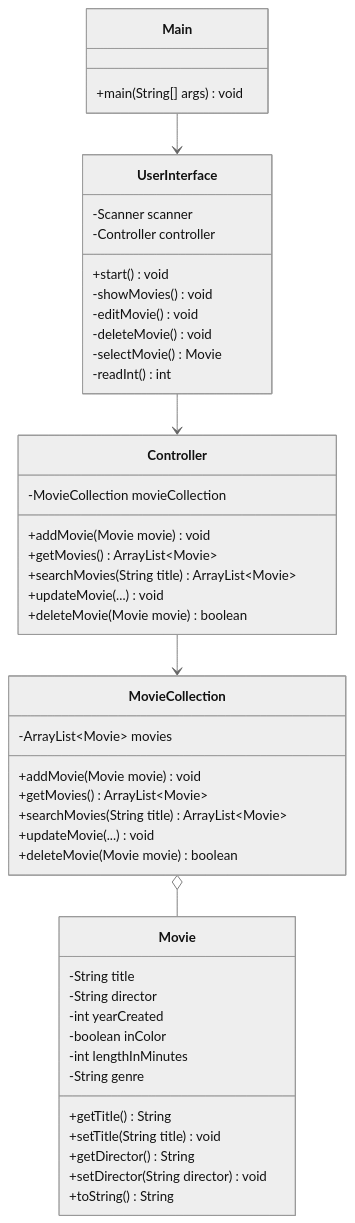
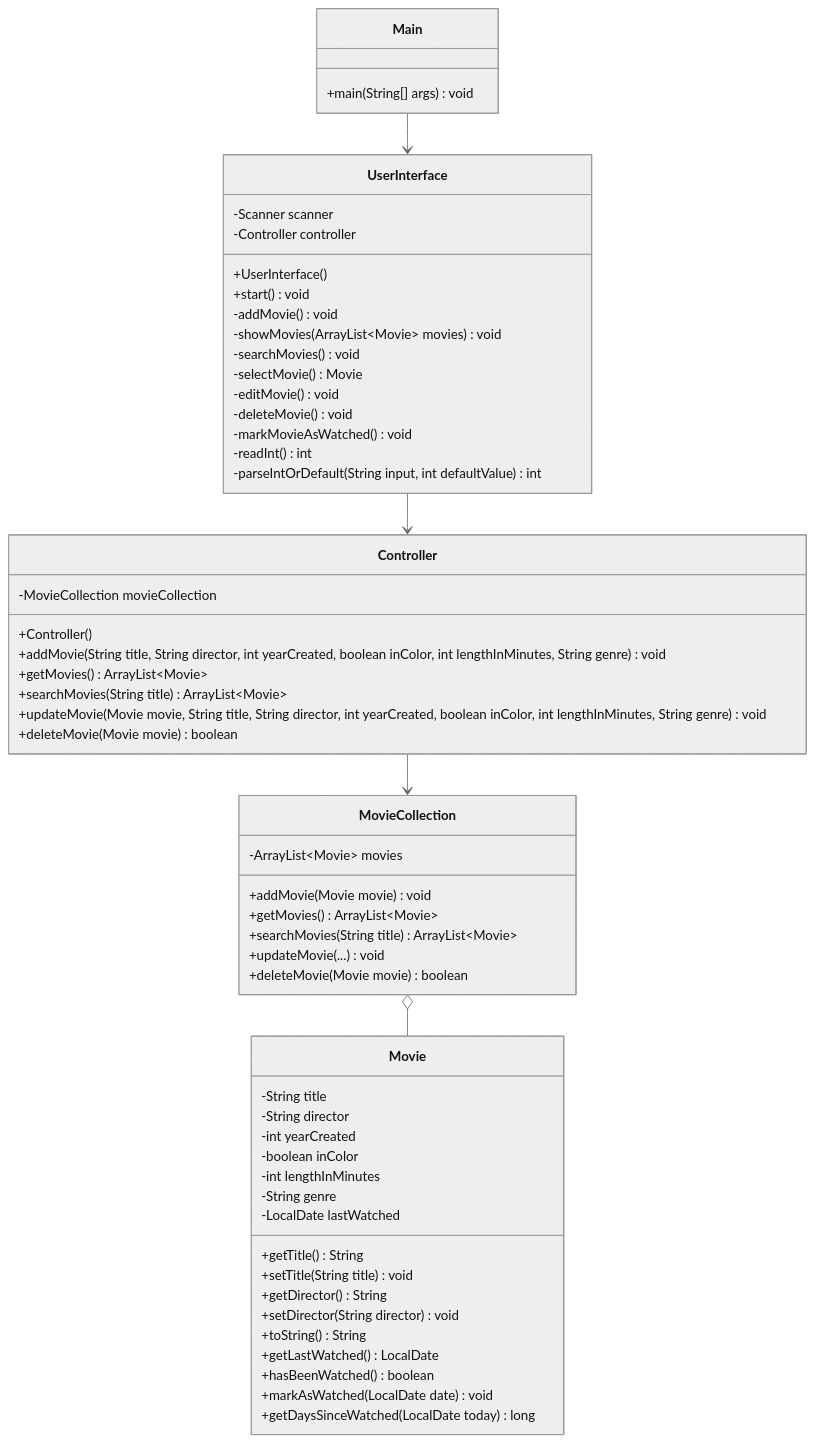
Before and after one commit to Elow1000/uge43.Filmsamling: the diagram in docs/klassediagram.md, drawn with Mermaid (neutral theme). The commit also changed 1 other file, not shown here.

Commit message:
Opdater FURPS og klassediagram

````diff
--- a/docs/klassediagram.md
+++ b/docs/klassediagram.md
@@ -4,54 +4,69 @@
 ```mermaid
 classDiagram
     class Main {
         +main(String[] args) void
     }
 
-    class UserInterface {
-        -Scanner scanner
-        -Controller controller
-        +start() void
-        -showMovies() void
-        -editMovie() void
-        -deleteMovie() void
-        -selectMovie() Movie
-        -readInt() int
-    }
+    
+class UserInterface {
+    -Scanner scanner
+    -Controller controller
+    +UserInterface()
+    +start() void
+    -addMovie() void
+    -showMovies(ArrayList~Movie~ movies) void
+    -searchMovies() void
+    -selectMovie() Movie
+    -editMovie() void
+    -deleteMovie() void
+    -markMovieAsWatched() void
+    -readInt() int
+    -parseIntOrDefault(String input, int defaultValue) int
+}
 
-    class Controller {
-        -MovieCollection movieCollection
-        +addMovie(Movie movie) void
-        +getMovies() ArrayList~Movie~
-        +searchMovies(String title) ArrayList~Movie~
-        +updateMovie(...) void
-        +deleteMovie(Movie movie) boolean
-    }
+
+    
+class Controller {
+    -MovieCollection movieCollection
+    +Controller()
+    +addMovie(String title, String director, int yearCreated, boolean inColor, int lengthInMinutes, String genre) void
+    +getMovies() ArrayList~Movie~
+    +searchMovies(String title) ArrayList~Movie~
+    +updateMovie(Movie movie, String title, String director, int yearCreated, boolean inColor, int lengthInMinutes, String genre) void
+    +deleteMovie(Movie movie) boolean
+}
+
 
     class MovieCollection {
         -ArrayList~Movie~ movies
         +addMovie(Movie movie) void
         +getMovies() ArrayList~Movie~
         +searchMovies(String title) ArrayList~Movie~
         +updateMovie(...) void
         +deleteMovie(Movie movie) boolean
     }
 
     class Movie {
         -String title
         -String director
         -int yearCreated
         -boolean inColor
         -int lengthInMinutes
-        -String genre
+        -String genre 
+        -LocalDate lastWatched
         +getTitle() String
         +setTitle(String title) void
         +getDirector() String
         +setDirector(String director) void
         +toString() String
+        +getLastWatched() LocalDate
+        +hasBeenWatched() boolean
+        +markAsWatched(LocalDate date) void
+        +getDaysSinceWatched(LocalDate today) long
     }
 
     Main --> UserInterface
     UserInterface --> Controller
     Controller --> MovieCollection
     MovieCollection o-- Movie
 ```
````
